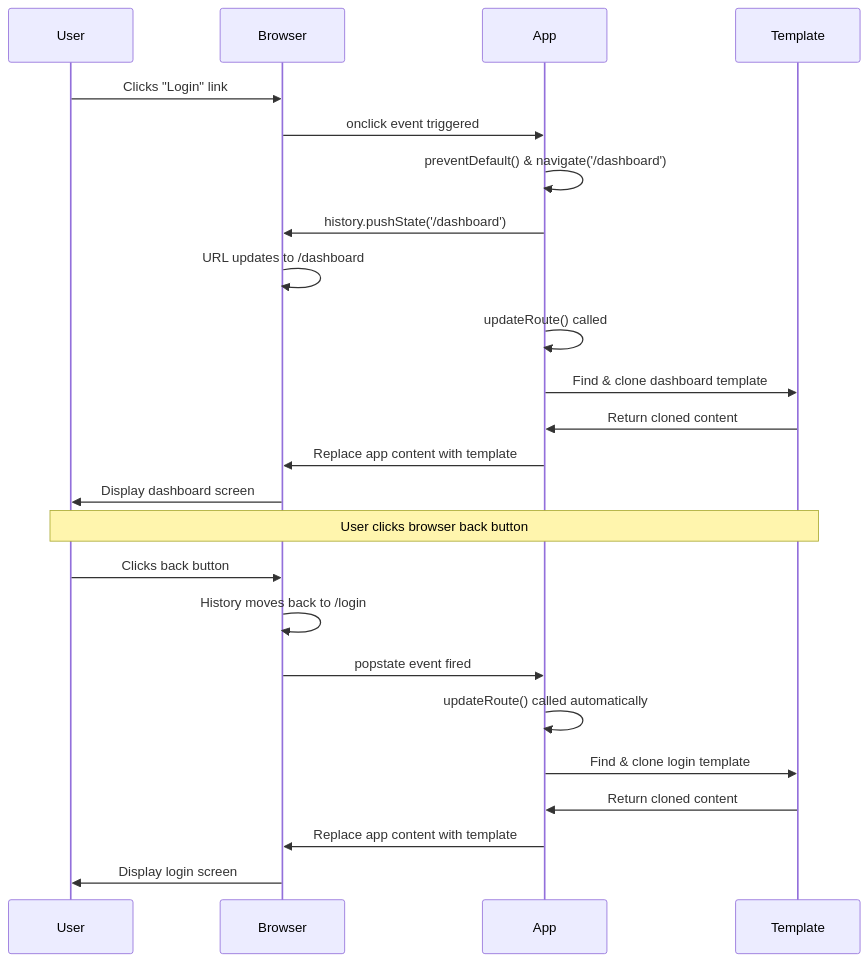
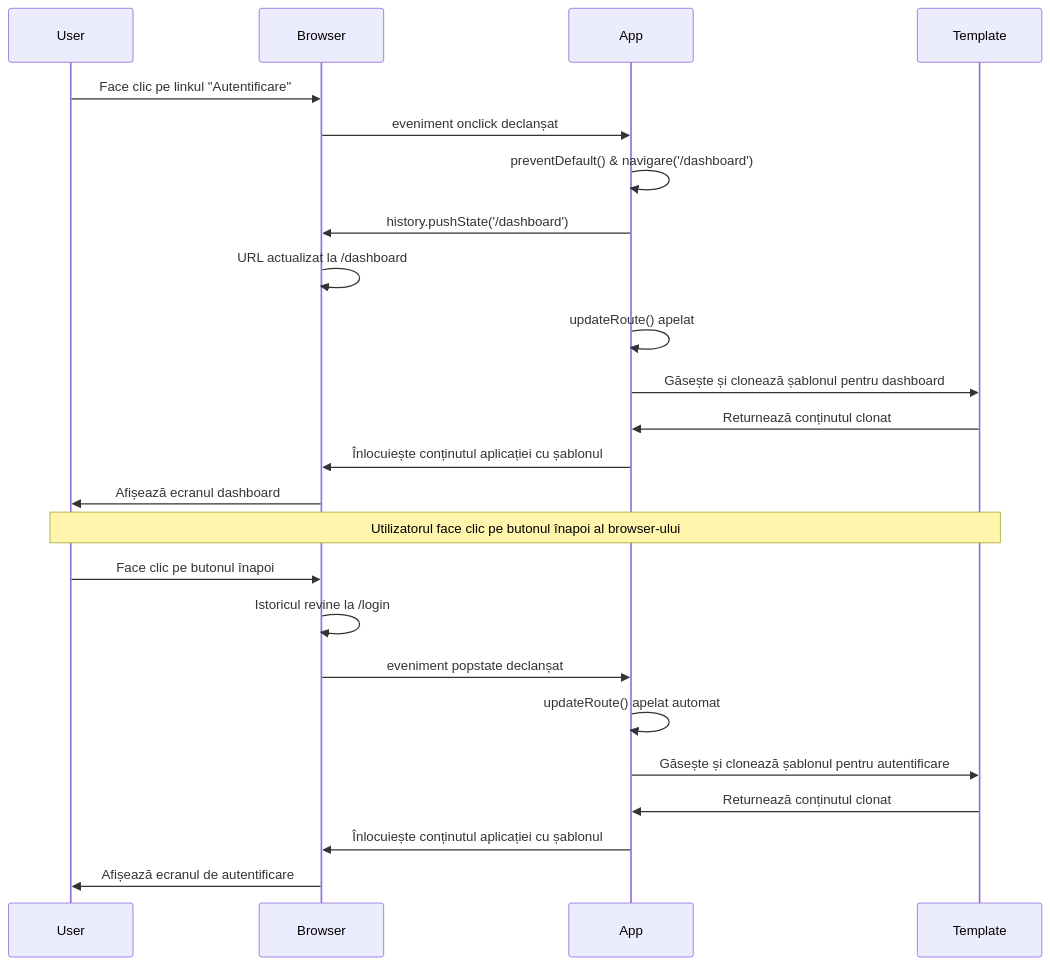
The seventh of 9 diagrams in translations/ro/7-bank-project/1-template-route/README.md (microsoft/Web-Dev-For-Beginners), drawn with Mermaid before and after one commit. The commit also changed other lines of this file and 99 other files, not shown here.

````diff
--- a/translations/ro/7-bank-project/1-template-route/README.md
+++ b/translations/ro/7-bank-project/1-template-route/README.md
@@ -463,29 +450,29 @@
 ```mermaid
 sequenceDiagram
     participant User
     participant Browser
     participant App
     participant Template
     
-    User->>Browser: Clicks "Login" link
-    Browser->>App: onclick event triggered
-    App->>App: preventDefault() & navigate('/dashboard')
+    User->>Browser: Face clic pe linkul "Autentificare"
+    Browser->>App: eveniment onclick declanșat
+    App->>App: preventDefault() & navigare('/dashboard')
     App->>Browser: history.pushState('/dashboard')
-    Browser->>Browser: URL updates to /dashboard
-    App->>App: updateRoute() called
-    App->>Template: Find & clone dashboard template
-    Template->>App: Return cloned content
-    App->>Browser: Replace app content with template
-    Browser->>User: Display dashboard screen
+    Browser->>Browser: URL actualizat la /dashboard
+    App->>App: updateRoute() apelat
+    App->>Template: Găsește și clonează șablonul pentru dashboard
+    Template->>App: Returnează conținutul clonat
+    App->>Browser: Înlocuiește conținutul aplicației cu șablonul
+    Browser->>User: Afișează ecranul dashboard
     
-    Note over User,Template: User clicks browser back button
+    Note over User,Template: Utilizatorul face clic pe butonul înapoi al browser-ului
     
-    User->>Browser: Clicks back button
-    Browser->>Browser: History moves back to /login
-    Browser->>App: popstate event fired
-    App->>App: updateRoute() called automatically
-    App->>Template: Find & clone login template
-    Template->>App: Return cloned content
-    App->>Browser: Replace app content with template
-    Browser->>User: Display login screen
+    User->>Browser: Face clic pe butonul înapoi
+    Browser->>Browser: Istoricul revine la /login
+    Browser->>App: eveniment popstate declanșat
+    App->>App: updateRoute() apelat automat
+    App->>Template: Găsește și clonează șablonul pentru autentificare
+    Template->>App: Returnează conținutul clonat
+    App->>Browser: Înlocuiește conținutul aplicației cu șablonul
+    Browser->>User: Afișează ecranul de autentificare
 ```
````
